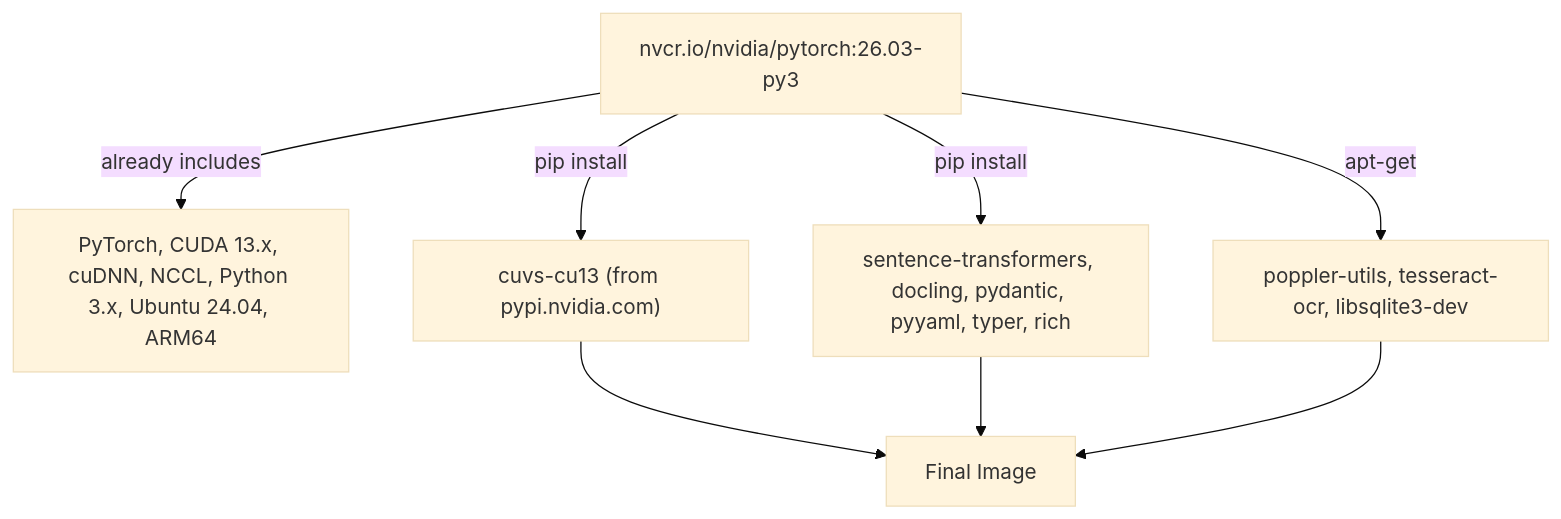
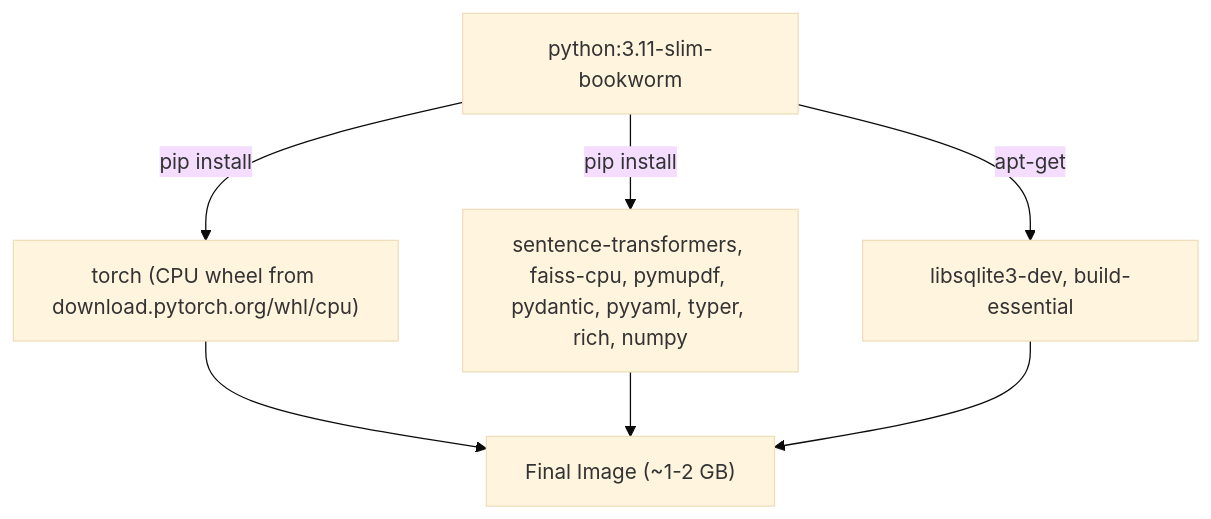
The third of 3 diagrams in system_architecture.md (miroenev/rag_system), drawn with Mermaid (base theme) before and after one commit. The commit also changed other lines of this file and 13 other files, not shown here.

````diff
--- a/system_architecture.md
+++ b/system_architecture.md
@@ -124,11 +152,10 @@
 ```mermaid
 flowchart TB
-    base["nvcr.io/nvidia/pytorch:26.03-py3"]
-    base -->|"already includes"| included["PyTorch, CUDA 13.x, cuDNN, NCCL, Python 3.x, Ubuntu 24.04, ARM64"]
-    base -->|"pip install"| cuvs["cuvs-cu13 (from pypi.nvidia.com)"]
-    base -->|"pip install"| appDeps["sentence-transformers, docling, pydantic, pyyaml, typer, rich"]
-    base -->|"apt-get"| sysDeps["poppler-utils, tesseract-ocr, libsqlite3-dev"]
-    cuvs --> final["Final Image"]
+    base["python:3.11-slim-bookworm"]
+    base -->|"pip install"| torchCpu["torch (CPU wheel from download.pytorch.org/whl/cpu)"]
+    base -->|"pip install"| appDeps["sentence-transformers, faiss-cpu, pymupdf, pydantic, pyyaml, typer, rich, numpy"]
+    base -->|"apt-get"| sysDeps["libsqlite3-dev, build-essential"]
+    torchCpu --> final["Final Image (~1-2 GB)"]
     appDeps --> final
     sysDeps --> final
 ```
````
